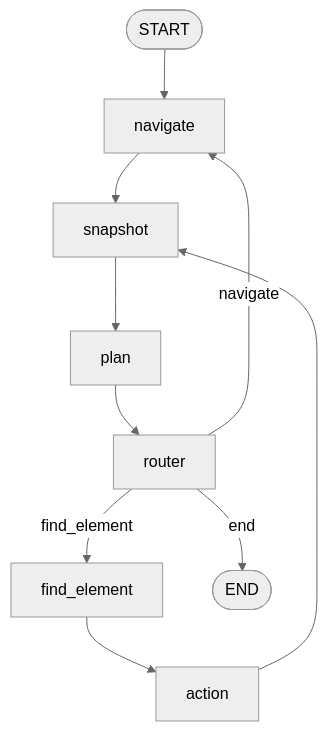
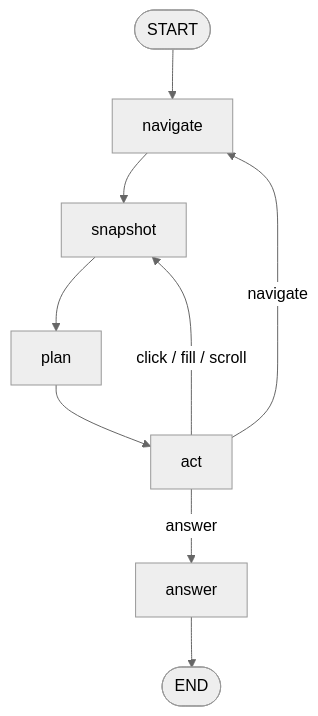
One commit to KeyValueSoftwareSystems/fastbrowse changed the diagram in README.md. Above: the diagram before and after it, drawn with Mermaid (neutral theme). The commit also changed other lines of this file and 5 other files, not shown here.

Commit message:
feat: Optimize main decision flow

````diff
--- a/README.md
+++ b/README.md
@@ -14,12 +14,11 @@
 ```mermaid
 flowchart TD
     START([START]) --> navigate
     navigate --> snapshot
     snapshot --> plan
-    plan --> router
-    router -->|find_element| find_element
-    router -->|navigate| navigate
-    router -->|end| END([END])
-    find_element --> action
-    action --> snapshot
+    plan --> act
+    act -->|"click / fill / scroll"| snapshot
+    act -->|navigate| navigate
+    act -->|answer| answer
+    answer --> END([END])
 ```
````
